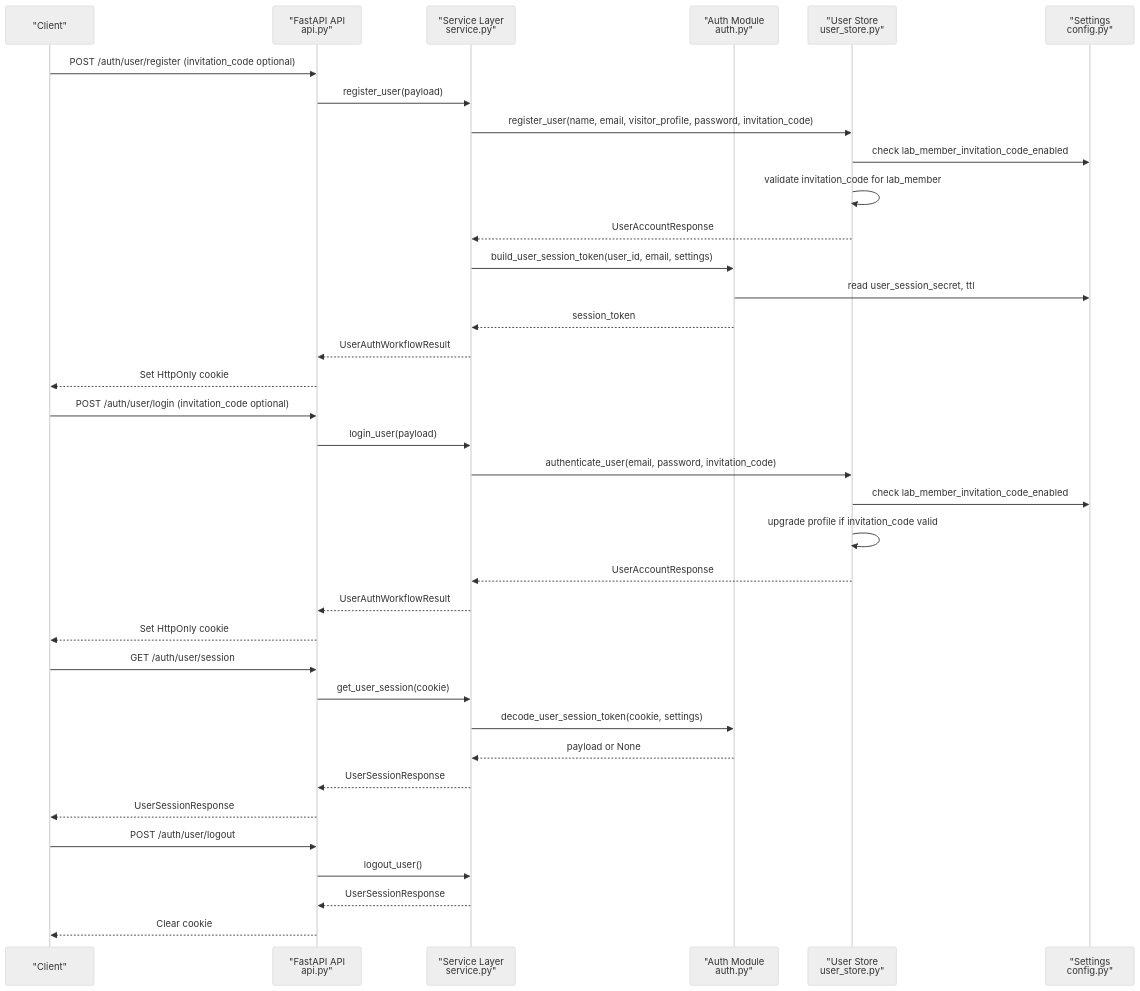
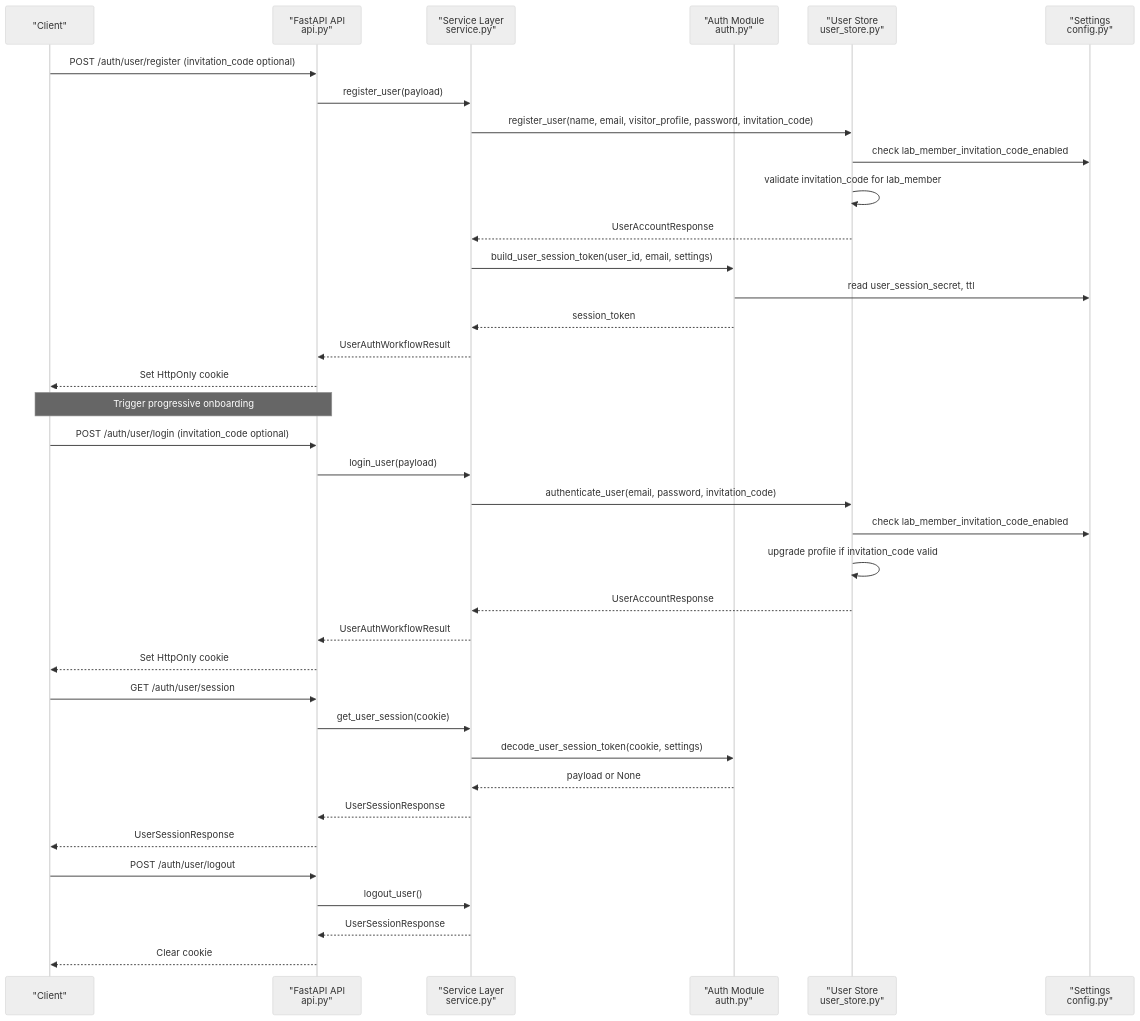
The ninth of 16 diagrams in .qoder/repowiki/en/content/Core Components/Authentication System.md (intellistream/sage-mate), drawn with Mermaid (neutral theme) before and after one commit. The commit also changed other lines of this file and 53 other files, not shown here.

First line of the commit message:
chore: update ROADMAP and changelog for v4.1.0–v4.2.5, frontend UX fixes

````diff
--- a/.qoder/repowiki/en/content/Core Components/Authentication System.md
+++ b/.qoder/repowiki/en/content/Core Components/Authentication System.md
@@ -292,38 +390,39 @@
 ```mermaid
 sequenceDiagram
 participant Client as "Client"
 participant API as "FastAPI API<br/>api.py"
 participant Service as "Service Layer<br/>service.py"
 participant Auth as "Auth Module<br/>auth.py"
 participant Store as "User Store<br/>user_store.py"
 participant Config as "Settings<br/>config.py"
 Client->>API : POST /auth/user/register (invitation_code optional)
 API->>Service : register_user(payload)
 Service->>Store : register_user(name, email, visitor_profile, password, invitation_code)
 Store->>Config : check lab_member_invitation_code_enabled
 Store->>Store : validate invitation_code for lab_member
 Store-->>Service : UserAccountResponse
 Service->>Auth : build_user_session_token(user_id, email, settings)
 Auth->>Config : read user_session_secret, ttl
 Auth-->>Service : session_token
 Service-->>API : UserAuthWorkflowResult
 API-->>Client : Set HttpOnly cookie
+Note over Client,API : Trigger progressive onboarding
 Client->>API : POST /auth/user/login (invitation_code optional)
 API->>Service : login_user(payload)
 Service->>Store : authenticate_user(email, password, invitation_code)
 Store->>Config : check lab_member_invitation_code_enabled
 Store->>Store : upgrade profile if invitation_code valid
 Store-->>Service : UserAccountResponse
 Service-->>API : UserAuthWorkflowResult
 API-->>Client : Set HttpOnly cookie
 Client->>API : GET /auth/user/session
 API->>Service : get_user_session(cookie)
 Service->>Auth : decode_user_session_token(cookie, settings)
 Auth-->>Service : payload or None
 Service-->>API : UserSessionResponse
 API-->>Client : UserSessionResponse
 Client->>API : POST /auth/user/logout
 API->>Service : logout_user()
 Service-->>API : UserSessionResponse
 API-->>Client : Clear cookie
 ```
````
